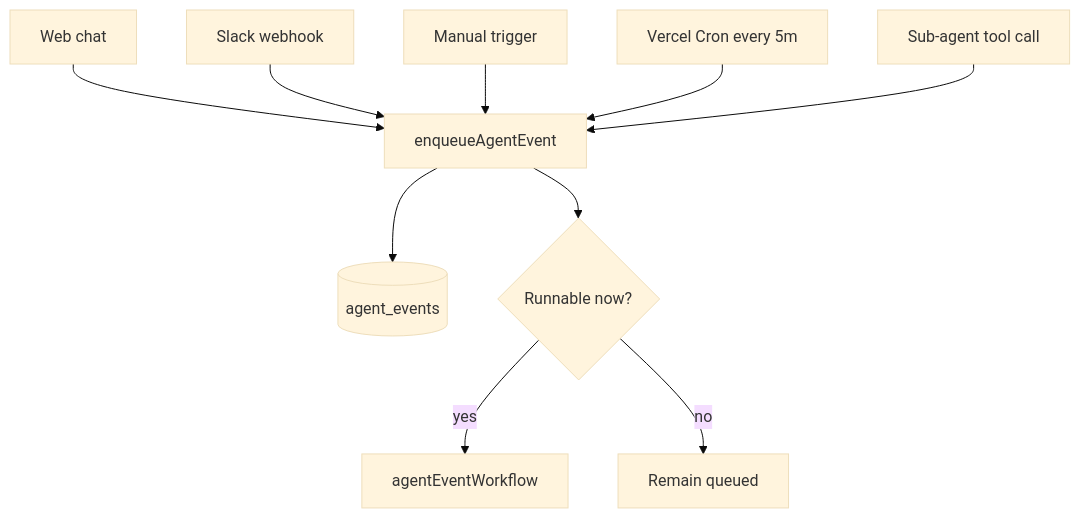
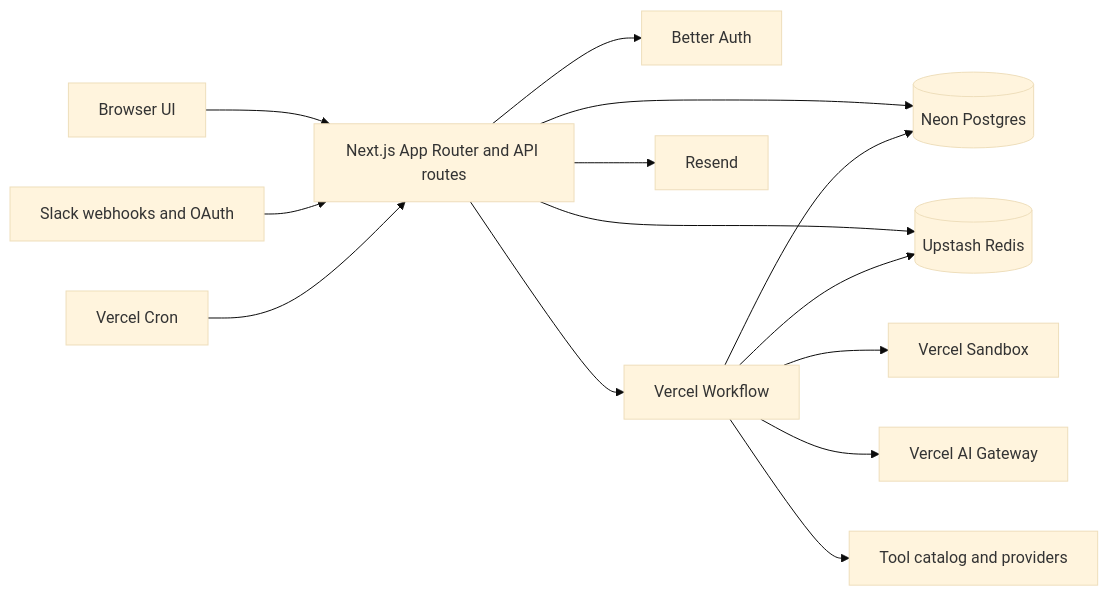
Before and after one commit to TommyBez/outname: the first of 2 diagrams in docs/ARCHITECTURE.md, drawn with Mermaid (base theme). The commit also changed other lines of this file and 13 other files, not shown here.

````diff
--- a/docs/ARCHITECTURE.md
+++ b/docs/ARCHITECTURE.md
@@ -31,13 +11,18 @@
 ```mermaid
-flowchart TD
-  Web[Web chat] --> Enqueue[enqueueAgentEvent]
-  Slack[Slack webhook] --> Enqueue
-  Manual[Manual trigger] --> Enqueue
-  Cron[Vercel Cron every 5m] --> Enqueue
-  SubAgent[Sub-agent tool call] --> Enqueue
+flowchart LR
+  Browser[Browser UI] --> Next[Next.js App Router and API routes]
+  Slack[Slack webhooks and OAuth] --> Next
+  Cron[Vercel Cron] --> Next
 
-  Enqueue --> Ledger[(agent_events)]
-  Enqueue --> Start{Runnable now?}
-  Start -->|yes| Workflow[agentEventWorkflow]
-  Start -->|no| Queue[Remain queued]
+  Next --> Auth[Better Auth]
+  Next --> DB[(Neon Postgres)]
+  Next --> Redis[(Upstash Redis)]
+  Next --> Workflow[Vercel Workflow]
+  Next --> Resend[Resend]
+
+  Workflow --> Sandbox[Vercel Sandbox]
+  Workflow --> Gateway[Vercel AI Gateway]
+  Workflow --> DB
+  Workflow --> Redis
+  Workflow --> Tools[Tool catalog and providers]
 ```
````
